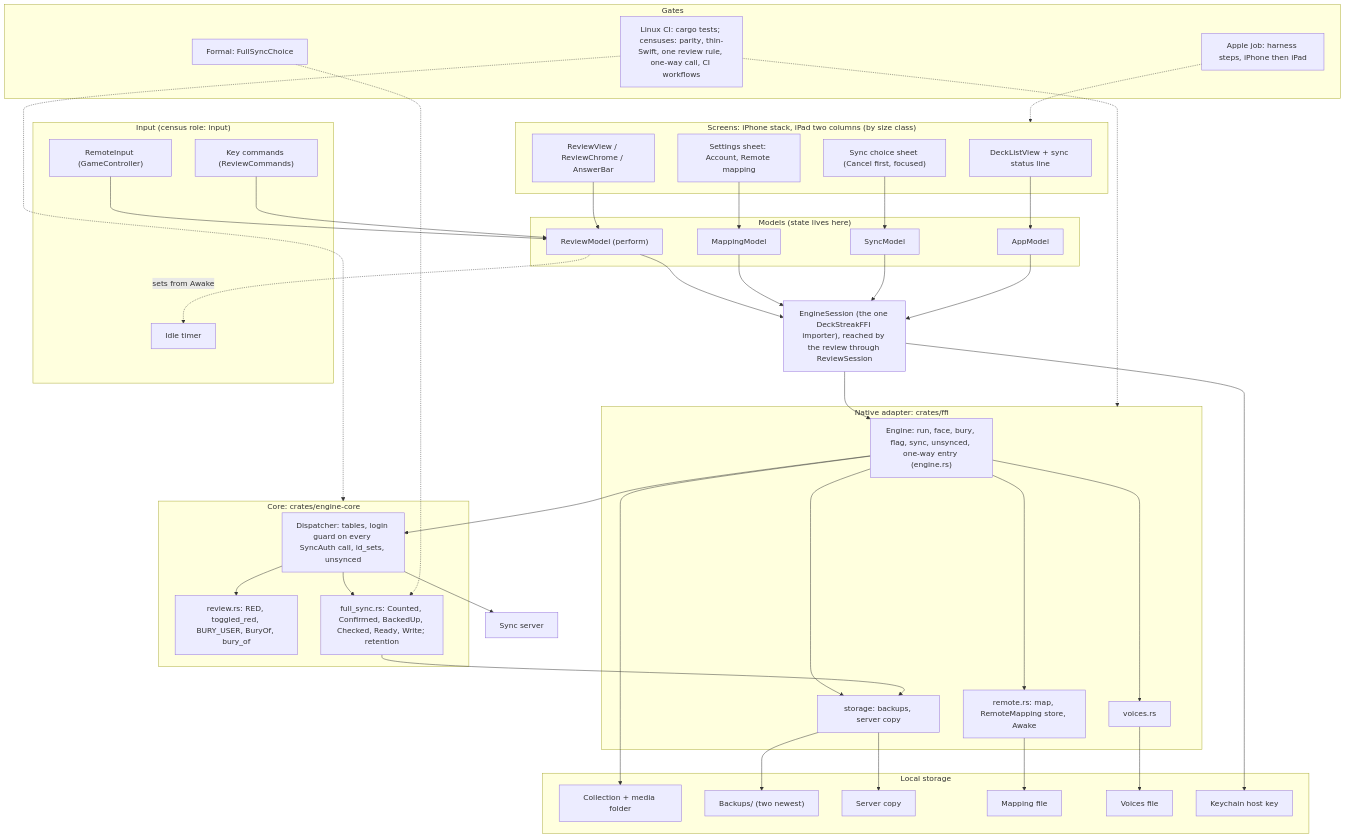
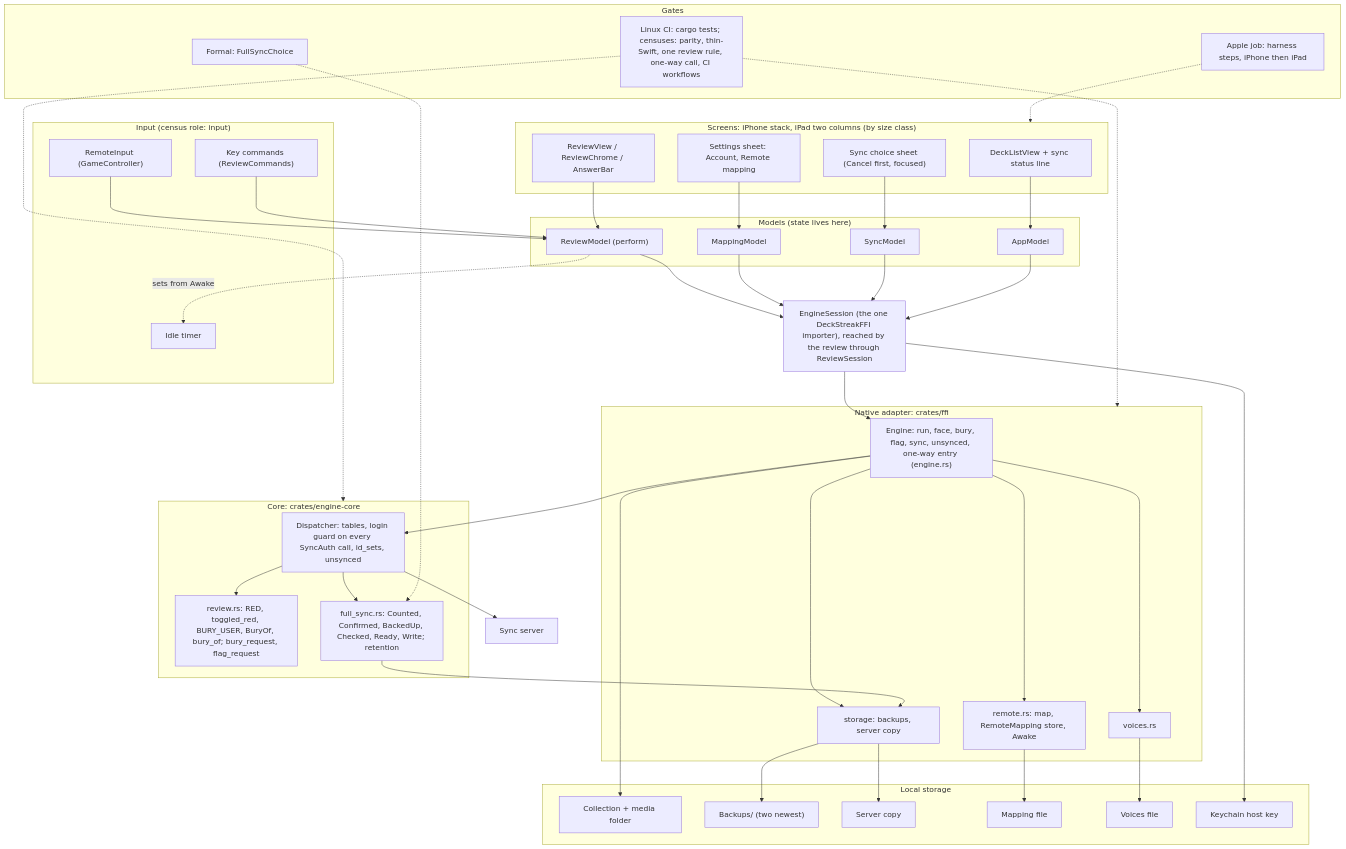
The first of 4 diagrams in docs/schematics/iphone-and-ipad-phase-1-parity.md (RexRenatus/deck-streak), drawn with Mermaid before and after one commit. The commit also changed 5 other files, not shown here.

Commit message:
feat(ffi): bury and flag through the core's rules

```diff
--- a/docs/schematics/iphone-and-ipad-phase-1-parity.md
+++ b/docs/schematics/iphone-and-ipad-phase-1-parity.md
@@ -46,7 +46,7 @@
 
   subgraph Core["Core: crates/engine-core"]
     DP["Dispatcher: tables, login guard on every SyncAuth call, id_sets, unsynced"]
-    RW["review.rs: RED, toggled_red, BURY_USER, BuryOf, bury_of"]
+    RW["review.rs: RED, toggled_red, BURY_USER, BuryOf, bury_of; bury_request, flag_request"]
     FS["full_sync.rs: Counted, Confirmed, BackedUp, Checked, Ready, Write; retention"]
   end
 
```
